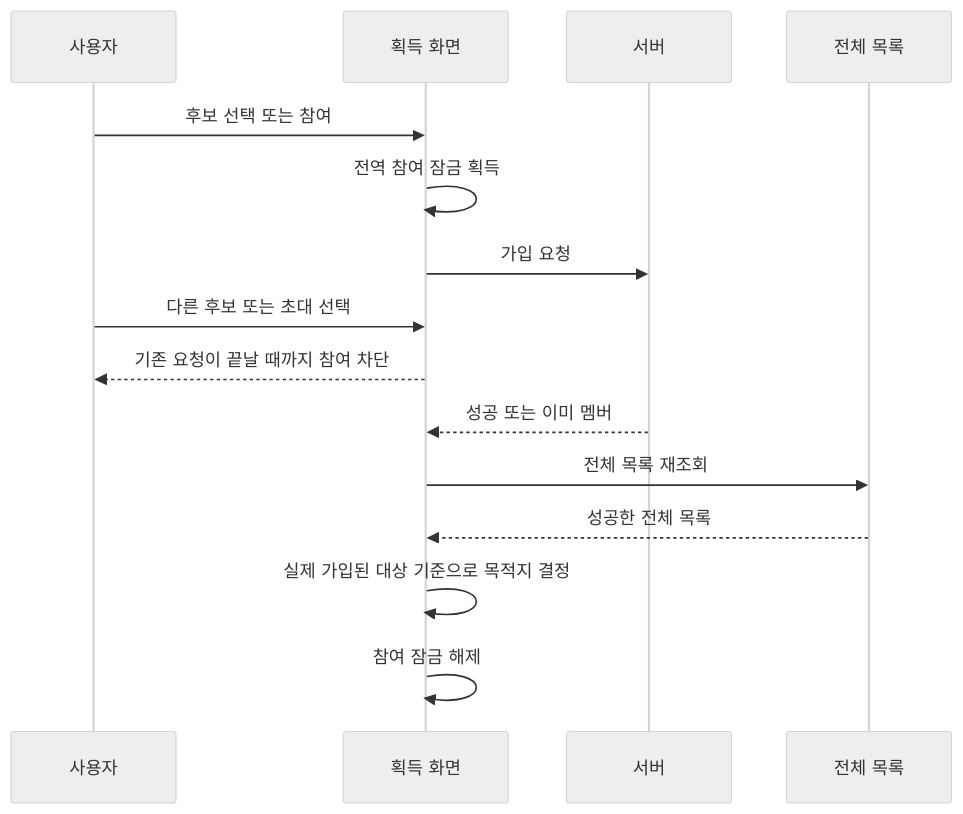
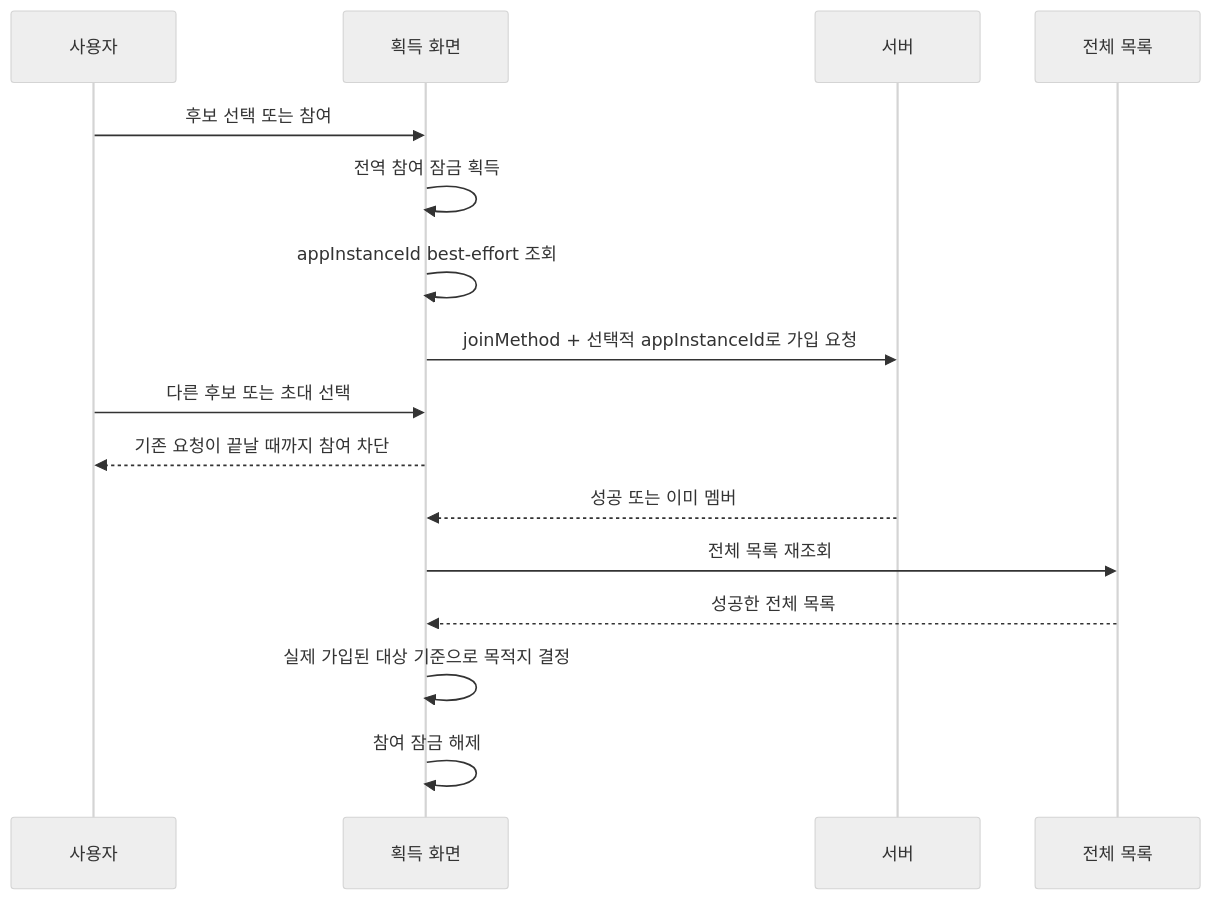
One commit to OneOrThree/phone changed the second of 2 diagrams in docs/prd/group/features/01-acquisition/low-level-design.md. Above: the diagram before and after it, drawn with Mermaid (neutral theme). The commit also changed other lines of this file and 11 other files, not shown here.

````diff
--- a/docs/prd/group/features/01-acquisition/low-level-design.md
+++ b/docs/prd/group/features/01-acquisition/low-level-design.md
@@ -48,18 +48,19 @@
 ```mermaid
 sequenceDiagram
     participant U as 사용자
     participant X as 획득 화면
     participant S as 서버
     participant L as 전체 목록
 
     U->>X: 후보 선택 또는 참여
     X->>X: 전역 참여 잠금 획득
-    X->>S: 가입 요청
+    X->>X: appInstanceId best-effort 조회
+    X->>S: joinMethod + 선택적 appInstanceId로 가입 요청
     U->>X: 다른 후보 또는 초대 선택
     X-->>U: 기존 요청이 끝날 때까지 참여 차단
     S-->>X: 성공 또는 이미 멤버
     X->>L: 전체 목록 재조회
     L-->>X: 성공한 전체 목록
     X->>X: 실제 가입된 대상 기준으로 목적지 결정
     X->>X: 참여 잠금 해제
 ```
````
